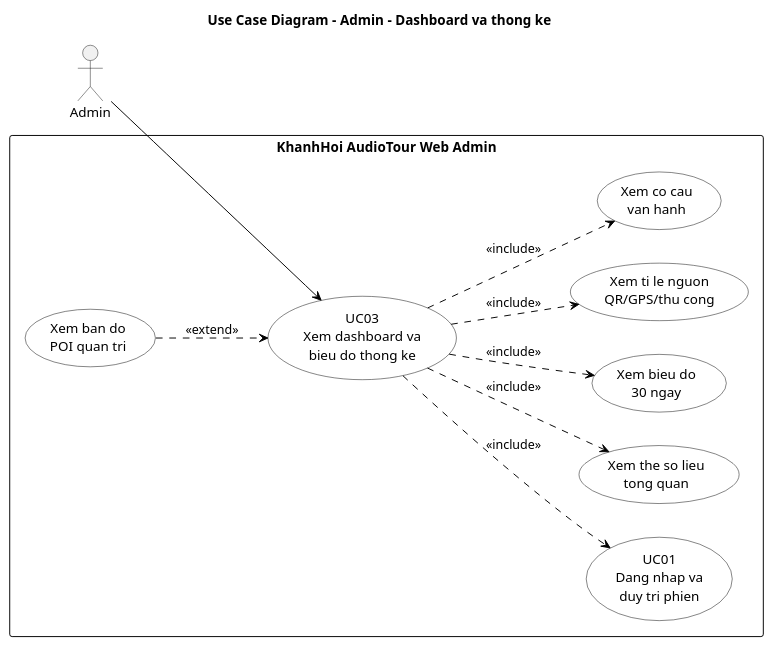
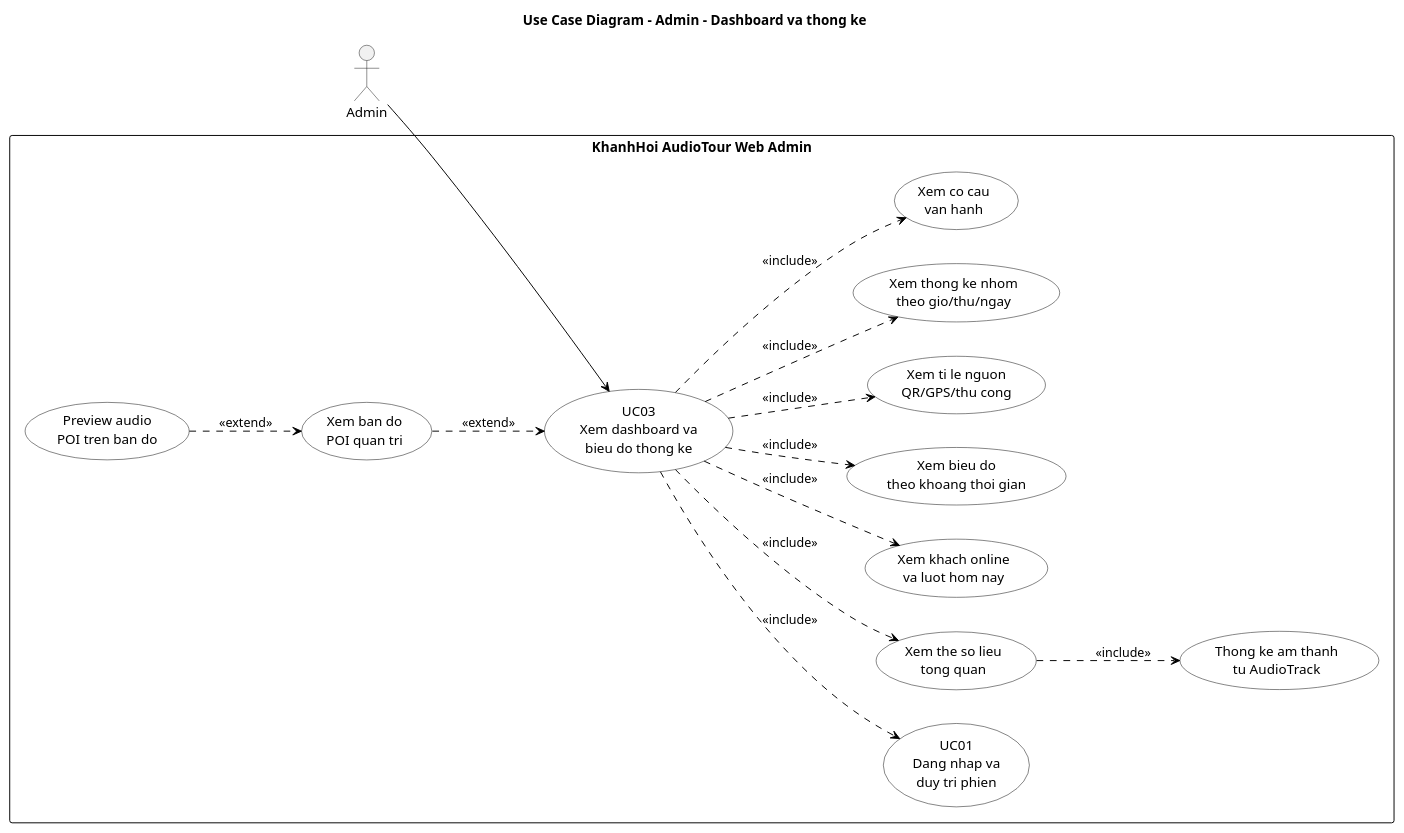
The diagram in docs/plantuml/usecase/ADMIN_01_dashboard_thong_ke_usecase.puml (HPhuc122/VinhHy.AudioTour), drawn with PlantUML before and after one commit. The commit also changed 29 other files, not shown here.

```diff
--- a/docs/plantuml/usecase/ADMIN_01_dashboard_thong_ke_usecase.puml
+++ b/docs/plantuml/usecase/ADMIN_01_dashboard_thong_ke_usecase.puml
@@ -1,40 +1,48 @@
 @startuml
 title Use Case Diagram - Admin - Dashboard va thong ke
 
 left to right direction
 skinparam shadowing false
 skinparam monochrome true
 skinparam defaultFontName Arial
 skinparam usecase {
   BackgroundColor white
   BorderColor black
   FontColor black
 }
 skinparam rectangle {
   BackgroundColor white
   BorderColor black
   FontColor black
 }
 skinparam ArrowColor black
 
 actor "Admin" as Admin
 
 rectangle "KhanhHoi AudioTour Web Admin" {
   usecase "UC03\nXem dashboard va\nbieu do thong ke" as UC03
   usecase "UC01\nDang nhap va\nduy tri phien" as UC01
   usecase "Xem the so lieu\ntong quan" as Cards
-  usecase "Xem bieu do\n30 ngay" as DailyChart
+  usecase "Thong ke am thanh\ntu AudioTrack" as AudioTrackStats
+  usecase "Xem khach online\nva luot hom nay" as PresenceStats
+  usecase "Xem bieu do\ntheo khoang thoi gian" as DailyChart
   usecase "Xem ti le nguon\nQR/GPS/thu cong" as SourceChart
+  usecase "Xem thong ke nhom\ntheo gio/thu/ngay" as GroupedChart
   usecase "Xem co cau\nvan hanh" as OpsChart
   usecase "Xem ban do\nPOI quan tri" as AdminMap
+  usecase "Preview audio\nPOI tren ban do" as AudioPreview
 }
 
 Admin --> UC03
 UC03 ..> UC01 : <<include>>
 UC03 ..> Cards : <<include>>
+Cards ..> AudioTrackStats : <<include>>
+UC03 ..> PresenceStats : <<include>>
 UC03 ..> DailyChart : <<include>>
 UC03 ..> SourceChart : <<include>>
+UC03 ..> GroupedChart : <<include>>
 UC03 ..> OpsChart : <<include>>
 AdminMap ..> UC03 : <<extend>>
+AudioPreview ..> AdminMap : <<extend>>
 
 @enduml
```
